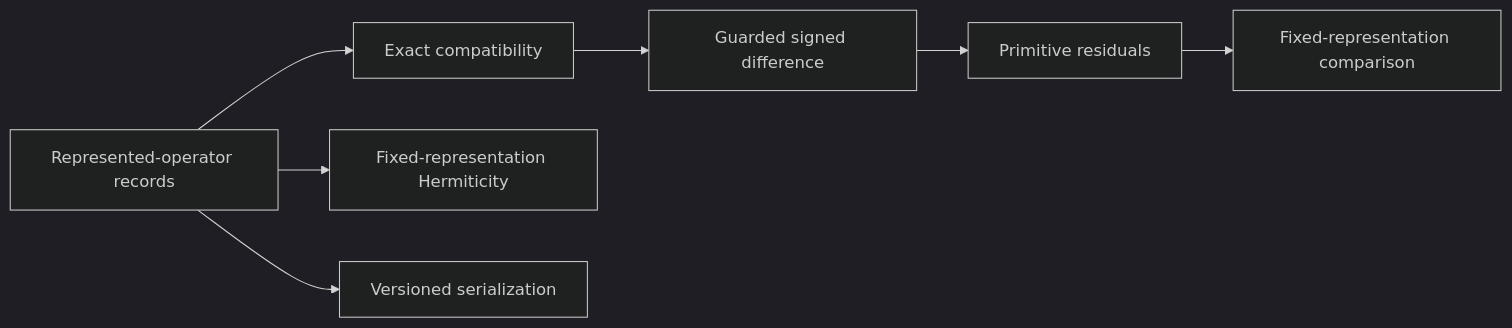
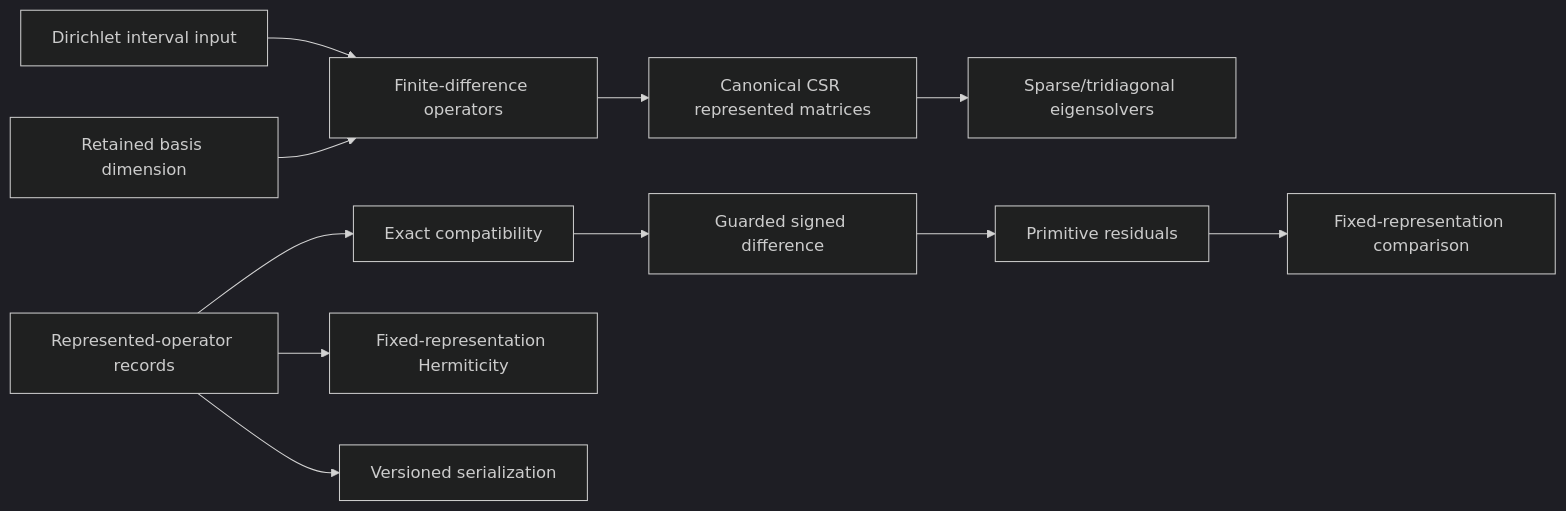
Before and after one commit to eragasa/ksdft2effmass: the diagram in docs/architecture/v2/ksdft2effmass/operators/index.md, drawn with Mermaid (dark theme). The commit also changed other lines of this file and 193 other files, not shown here.

````diff
--- a/docs/architecture/v2/ksdft2effmass/operators/index.md
+++ b/docs/architecture/v2/ksdft2effmass/operators/index.md
@@ -18,9 +30,13 @@
 ```mermaid
 flowchart LR
+    interval["Dirichlet interval input"] --> construction["Finite-difference operators"]
+    ladder["Retained basis dimension"] --> construction
+    construction --> matrices["Canonical CSR represented matrices"]
+    matrices --> sparse_solver["Sparse/tridiagonal eigensolvers"]
     records["Represented-operator records"] --> compatibility["Exact compatibility"]
     records --> hermiticity["Fixed-representation Hermiticity"]
     compatibility --> difference["Guarded signed difference"]
     difference --> residuals["Primitive residuals"]
     residuals --> comparison["Fixed-representation comparison"]
     records --> serialization["Versioned serialization"]
 ```
````
